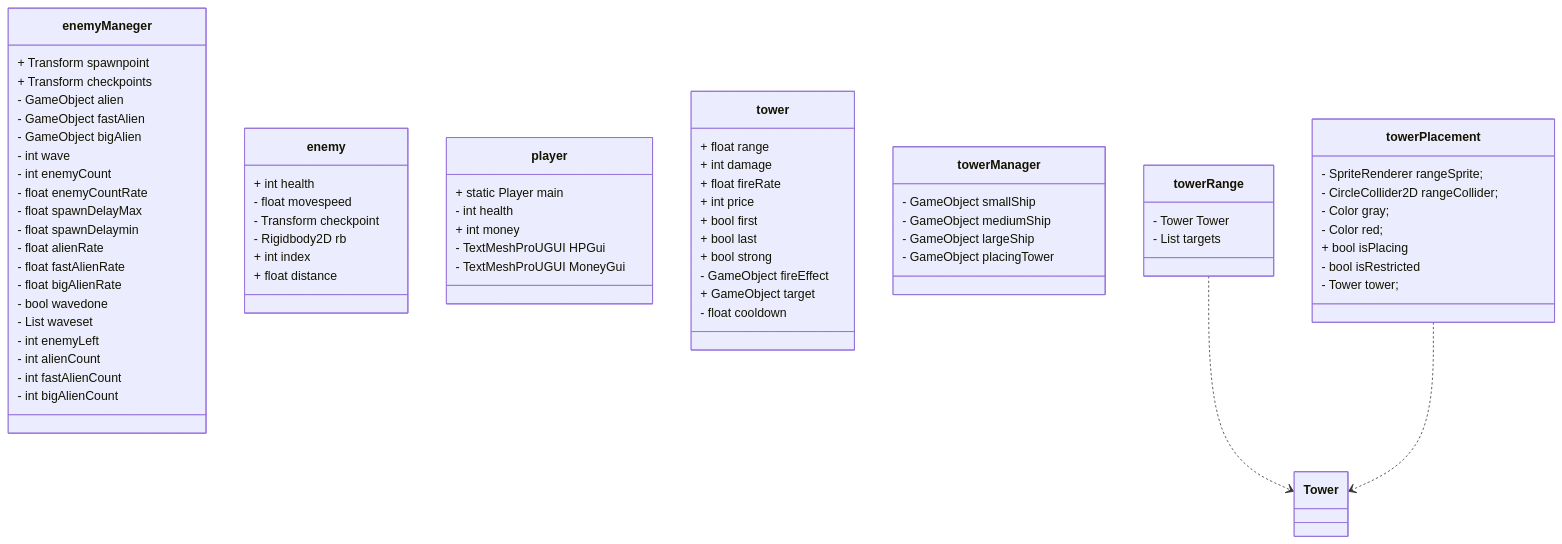
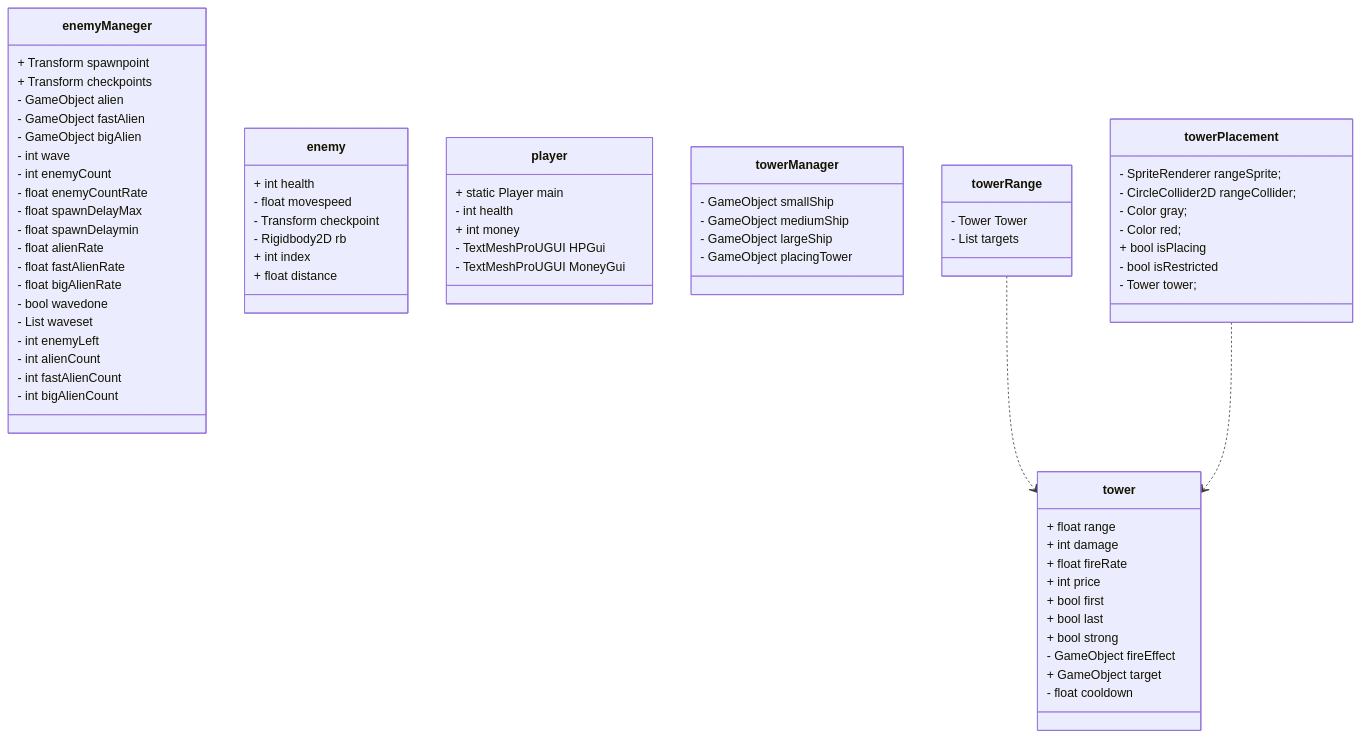
The diagram in ClassDiagramTD.md (Skyler0-0/ProgY2), drawn with Mermaid before and after one commit.

Commit message:
spelled things wrong whoops

````diff
--- a/ClassDiagramTD.md
+++ b/ClassDiagramTD.md
@@ -105,7 +105,7 @@
 
 
 
-towerRange ..> Tower
-towerPlacement ..> Tower
+towerRange ..> tower
+towerPlacement ..> tower
 
 ```
````
